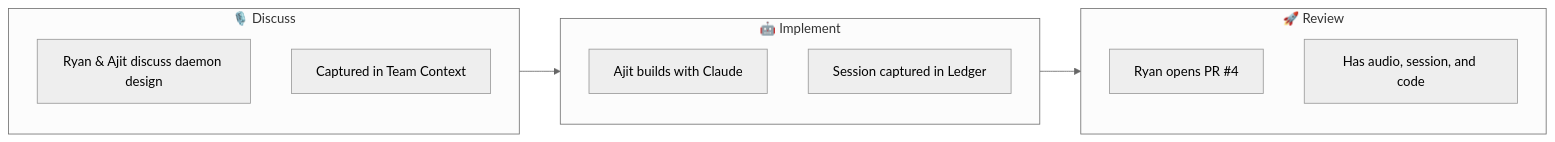
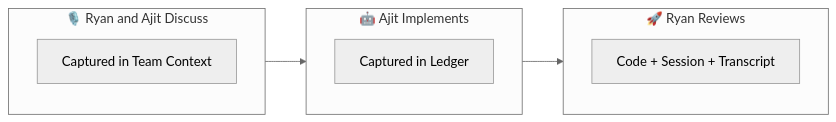
One commit to sageox/ox changed the diagram in README.md. Above: the diagram before and after it, drawn with Mermaid (neutral theme). The commit also changed other lines of this file and 2 other files, not shown here.

Commit message:
Release 0.1.1

````diff
--- a/README.md
+++ b/README.md
@@ -94,16 +94,13 @@
 ```mermaid
 flowchart LR
-    subgraph discuss ["🎙️ Discuss"]
-        A1["Ryan & Ajit discuss daemon design"]
-        A2["Captured in Team Context"]
+    subgraph discuss ["🎙️ Ryan and Ajit Discuss"]
+        A1["Captured in Team Context"]
     end
-    subgraph implement ["🤖 Implement"]
-        B1["Ajit builds with Claude"]
-        B3["Session captured in Ledger"]
+    subgraph implement ["🤖 Ajit Implements"]
+        B1["Captured in Ledger"]
     end
-    subgraph review ["🚀 Review"]
-        C1["Ryan opens PR #4"]
-        C2["Has audio, session, and code"]
+    subgraph review ["🚀 Ryan Reviews"]
+        C1["Code + Session + Transcript"]
     end
     discuss --> implement --> review
 ```
````
